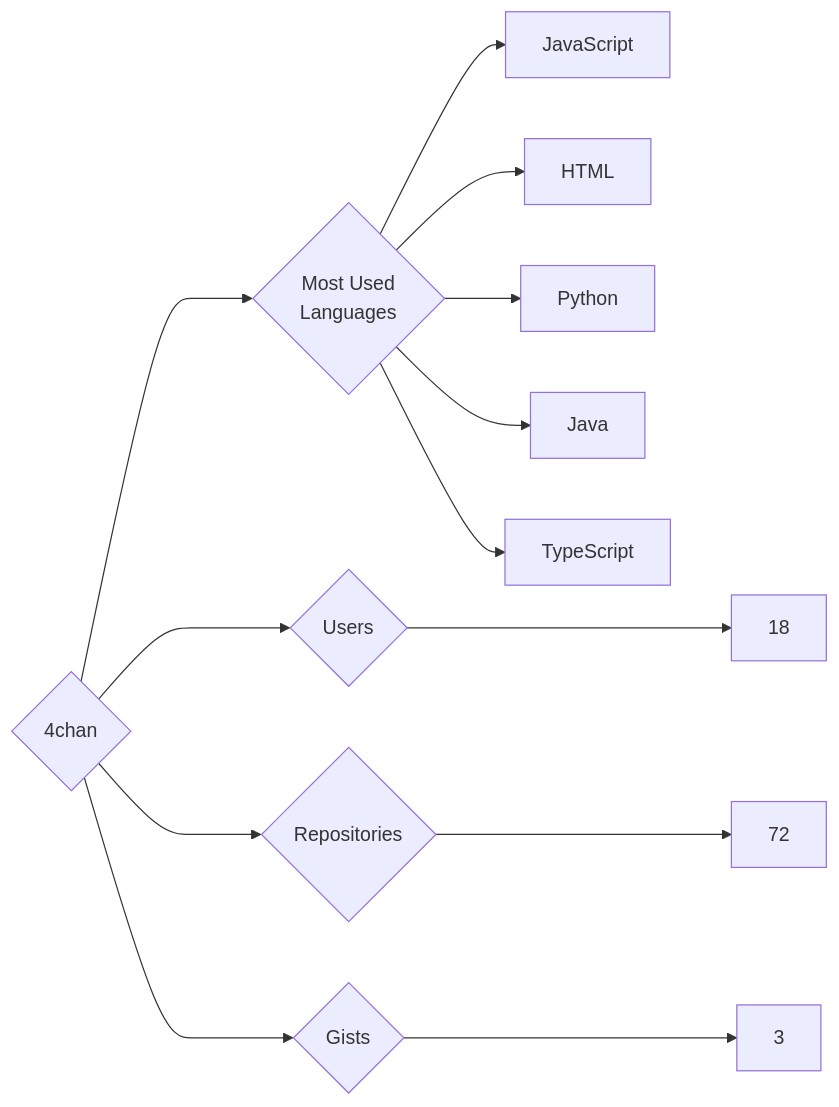
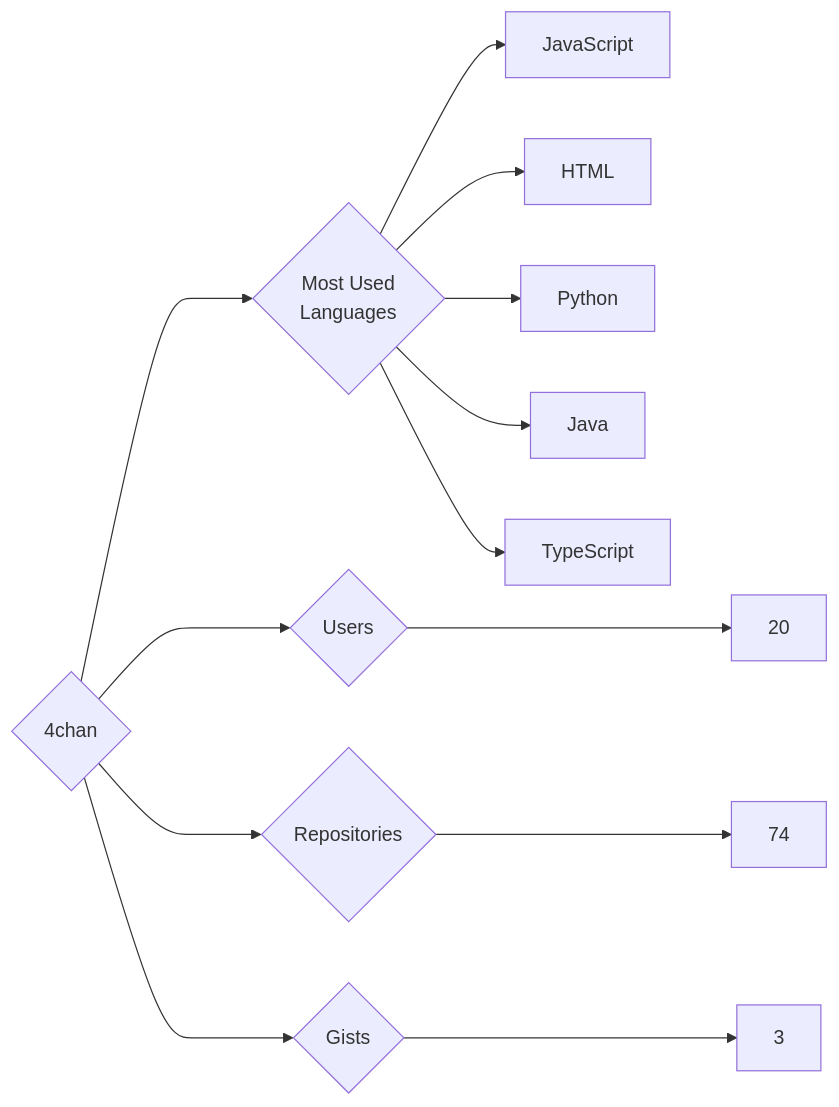
The diagram in targets/4chan/README.md (trickest/insiders), drawn with Mermaid before and after one commit. The commit also changed 749 other files, not shown here.

````diff
--- a/targets/4chan/README.md
+++ b/targets/4chan/README.md
@@ -3,13 +3,13 @@
 ```mermaid
 graph LR
 COMPANY_NAME{4chan}
-COMPANY_NAME ---> U{Users} ---> UN[18]
-COMPANY_NAME ---> R{Repositories} ---> RN[72]
+COMPANY_NAME ---> U{Users} ---> UN[20]
+COMPANY_NAME ---> R{Repositories} ---> RN[74]
 COMPANY_NAME ---> G{Gists} ---> GN[3]
 COMPANY_NAME ---> ML{Most Used<br>Languages}
 ML --> JavaScript[JavaScript]
 ML --> HTML[HTML]
 ML --> Python[Python]
 ML --> Java[Java]
 ML --> TypeScript[TypeScript]
 ```
````
